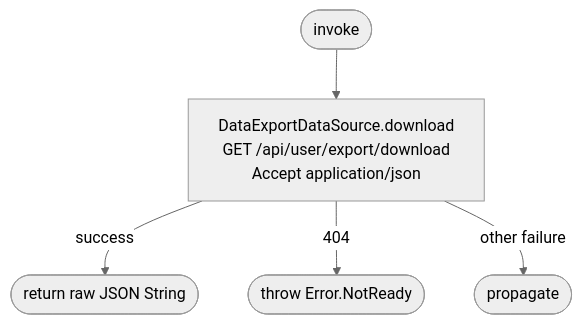
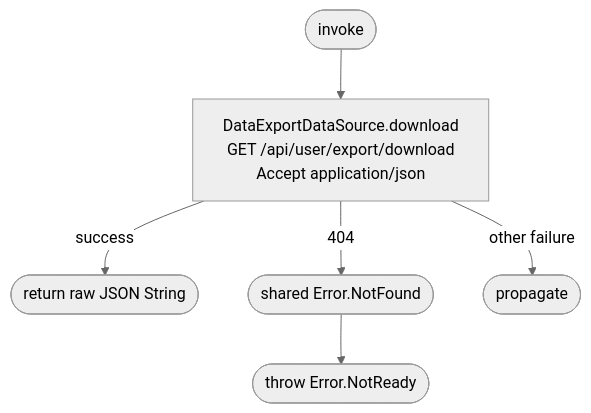
Before and after one commit to nocturneproperties/bookkme-client: the diagram in docs/operations/settings/download-personal-data-export.md, drawn with Mermaid (neutral theme). The commit also changed other lines of this file and 45 other files, not shown here.

````diff
--- a/docs/operations/settings/download-personal-data-export.md
+++ b/docs/operations/settings/download-personal-data-export.md
@@ -7,7 +7,8 @@
 ```mermaid
 flowchart TD
     Start([invoke]) --> Net[DataExportDataSource.download<br/>GET /api/user/export/download<br/>Accept application/json]
     Net -- success --> R([return raw JSON String])
-    Net -- 404 --> Missing([throw Error.NotReady])
+    Net -- 404 --> SharedMissing([shared Error.NotFound])
+    SharedMissing --> Missing([throw Error.NotReady])
     Net -- other failure --> Other([propagate])
 ```
````
